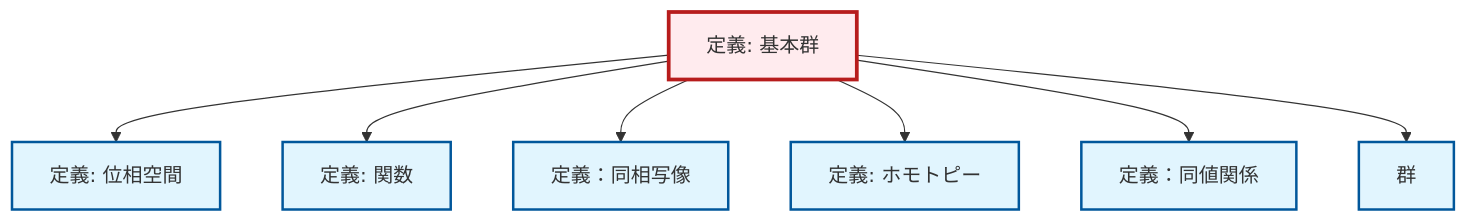
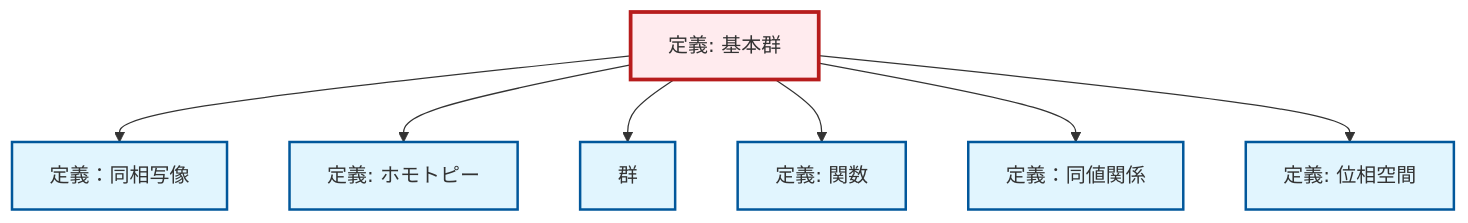
The diagram in content/ja/topology/def-fundamental-group.qmd (RK0429/ModernMath), drawn with Mermaid before and after one commit. The commit also changed other lines of this file and 328 other files, not shown here.

````diff
--- a/content/ja/topology/def-fundamental-group.qmd
+++ b/content/ja/topology/def-fundamental-group.qmd
@@ -77,29 +77,29 @@
 ```{mermaid}
 %%| fig-cap: "ローカル依存関係グラフ"
 graph TD
     classDef definition fill:#e1f5fe,stroke:#01579b,stroke-width:2px
     classDef theorem fill:#f3e5f5,stroke:#4a148c,stroke-width:2px
     classDef axiom fill:#fff3e0,stroke:#e65100,stroke-width:2px
     classDef example fill:#e8f5e9,stroke:#1b5e20,stroke-width:2px
     classDef current fill:#ffebee,stroke:#b71c1c,stroke-width:3px
+    def-homeomorphism["定義：同相写像"]:::definition
+    def-fundamental-group["定義: 基本群"]:::definition
+    def-function["定義: 関数"]:::definition
+    def-group["群"]:::definition
     def-topological-space["定義: 位相空間"]:::definition
-    def-homeomorphism["定義：同相写像"]:::definition
-    def-function["定義: 関数"]:::definition
+    def-homotopy["定義: ホモトピー"]:::definition
     def-equivalence-relation["定義：同値関係"]:::definition
-    def-homotopy["定義: ホモトピー"]:::definition
-    def-group["群"]:::definition
-    def-fundamental-group["定義: 基本群"]:::definition
-    def-fundamental-group --> def-topological-space
-    def-fundamental-group --> def-function
     def-fundamental-group --> def-homeomorphism
     def-fundamental-group --> def-homotopy
+    def-fundamental-group --> def-group
+    def-fundamental-group --> def-function
     def-fundamental-group --> def-equivalence-relation
-    def-fundamental-group --> def-group
+    def-fundamental-group --> def-topological-space
     class def-fundamental-group current
-    click def-topological-space "def-topological-space.html" "位相空間の定義へ"
     click def-homeomorphism "def-homeomorphism.html" "定義：同相写像へ"
     click def-function "def-function.html" "関数の定義へ"
+    click def-group "def-group.html" "群へ"
+    click def-topological-space "def-topological-space.html" "位相空間の定義へ"
+    click def-homotopy "def-homotopy.html" "ホモトピーの定義へ"
     click def-equivalence-relation "def-equivalence-relation.html" "定義：同値関係へ"
-    click def-homotopy "def-homotopy.html" "ホモトピーの定義へ"
-    click def-group "def-group.html" "群へ"
 ```
````
